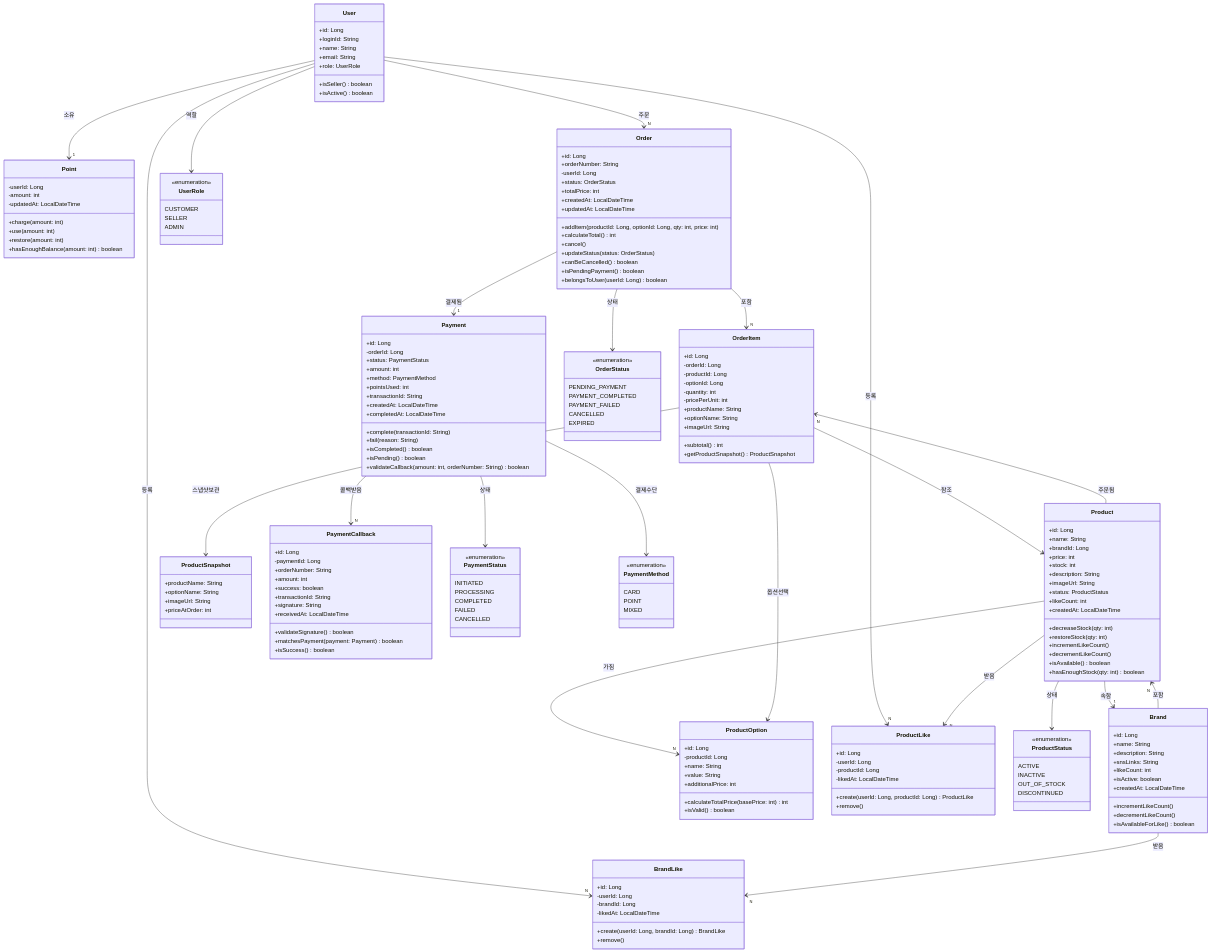
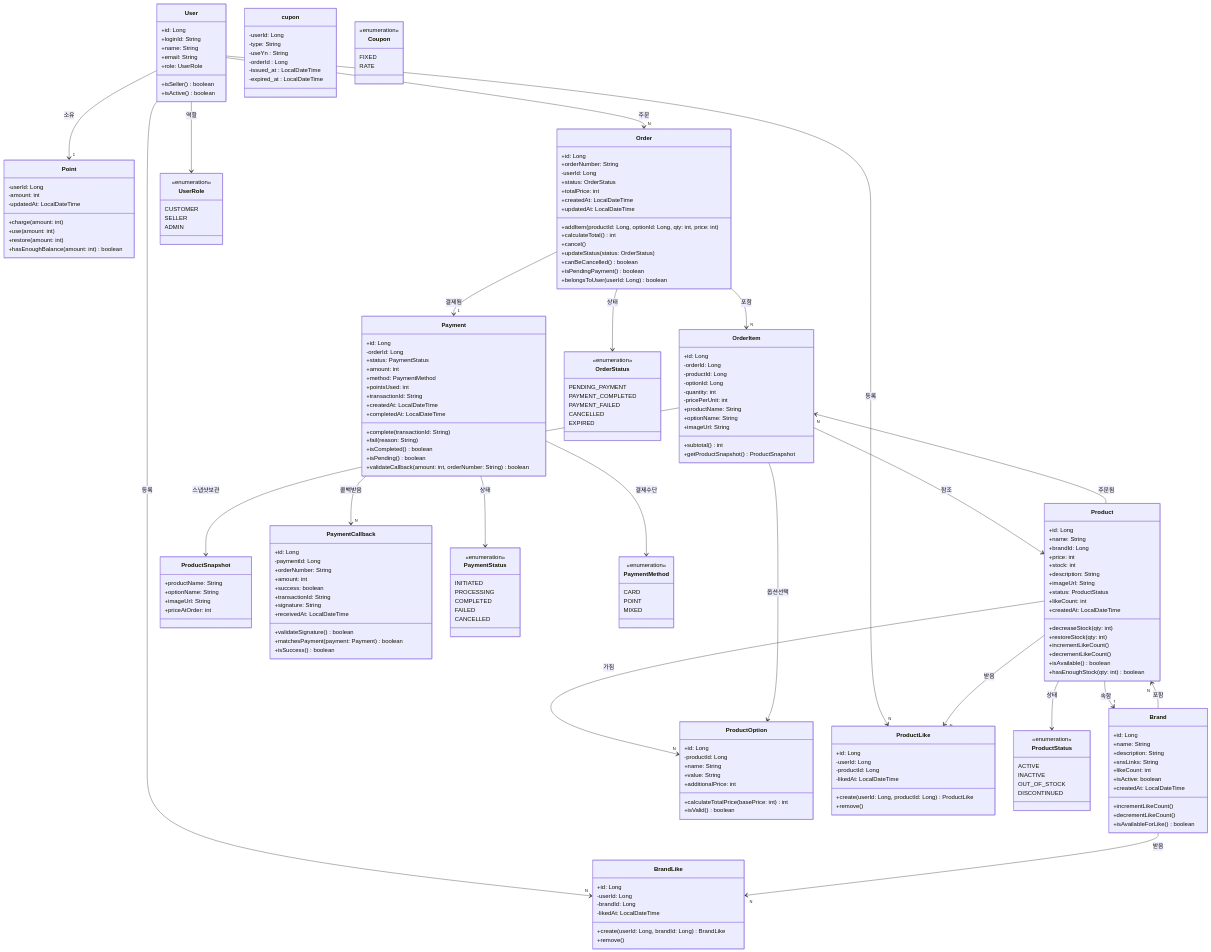
The diagram in docs/design/03-class-diagrams.md (Loopers-dev-lab/loopers-spring-java-template), drawn with Mermaid before and after one commit. The commit also changed 2 other files, not shown here.

Commit message:
docs : 쿠폰 설계 추가

```diff
--- a/docs/design/03-class-diagrams.md
+++ b/docs/design/03-class-diagrams.md
@@ -16,6 +16,15 @@
         +role: UserRole
         +isSeller() boolean
         +isActive() boolean
+    }
+    class cupon{
+        -userId: Long
+        -type: String
+        -useYn : String
+        -orderId : Long
+        -issued_at : LocalDateTime
+        -expired_at : LocalDateTime
+        
     }
     
     class Point {
@@ -200,6 +209,13 @@
         SELLER
         ADMIN
     }
+     class Coupon {
+        <<enumeration>>
+        FIXED
+        RATE 
+
+    }
+    
 
     %% Core Relationships
     User --> "1" Point : 소유
```
